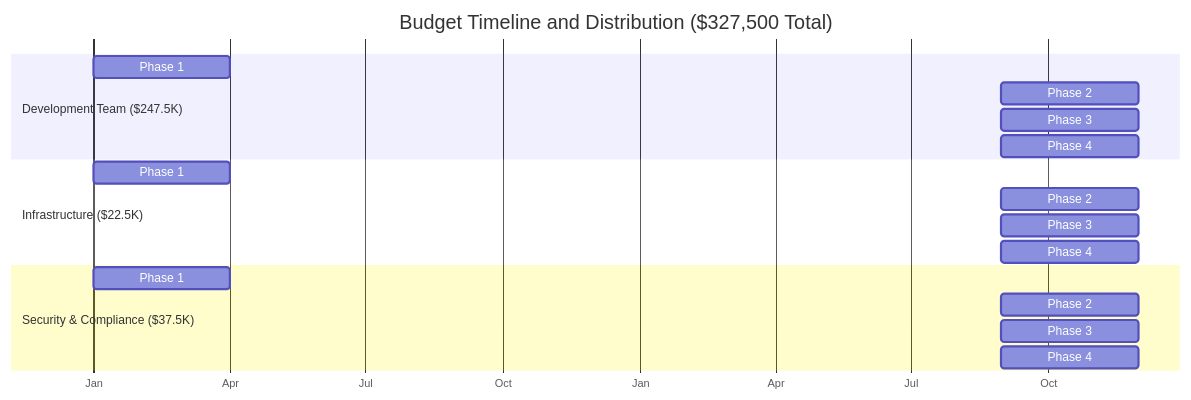
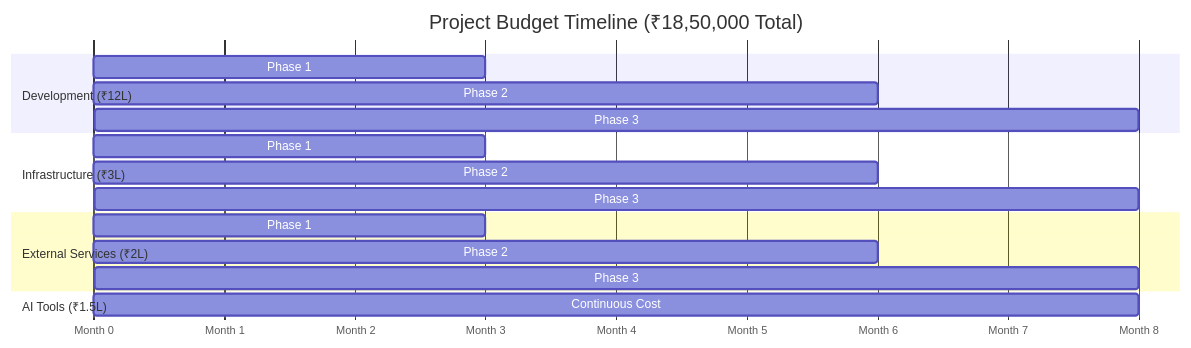
The ninth of 11 diagrams in 05-implementation-plan.md (health-tech-uhi/blueprint), drawn with Mermaid before and after one commit. The commit also changed other lines of this file and 1 other file, not shown here.

````diff
--- a/05-implementation-plan.md
+++ b/05-implementation-plan.md
@@ -765,24 +589,24 @@
 ```mermaid
 gantt
-    title Budget Timeline and Distribution ($327,500 Total)
-    dateFormat  YYYY-MM
-    axisFormat  %b
+    title Project Budget Timeline (₹18,50,000 Total)
+    dateFormat  X
+    axisFormat  Month %s
     
-    section Development Team ($247.5K)
-    Phase 1: $45K        :dev1, 2024-01, 3M
-    Phase 2: $60K        :dev2, after dev1, 3M
-    Phase 3: $67.5K      :dev3, after dev2, 3M
-    Phase 4: $75K        :dev4, after dev3, 3M
+    section Development (₹12L)
+    Phase 1: ₹4.5L      :dev1, 0, 3
+    Phase 2: ₹4.5L      :dev2, 3, 6
+    Phase 3: ₹3L        :dev3, 6, 8
     
-    section Infrastructure ($22.5K)
-    Phase 1: $3K         :inf1, 2024-01, 3M
-    Phase 2: $4.5K       :inf2, after inf1, 3M
-    Phase 3: $6K         :inf3, after inf2, 3M
-    Phase 4: $9K         :inf4, after inf3, 3M
+    section Infrastructure (₹3L)
+    Phase 1: ₹0.5L      :inf1, 0, 3
+    Phase 2: ₹1L        :inf2, 3, 6
+    Phase 3: ₹0.5L      :inf3, 6, 8
     
-    section Security & Compliance ($37.5K)
-    Phase 1: $5K         :sec1, 2024-01, 3M
-    Phase 2: $7.5K       :sec2, after sec1, 3M
-    Phase 3: $10K        :sec3, after sec2, 3M
-    Phase 4: $15K        :sec4, after sec3, 3M
+    section External Services (₹2L)
+    Phase 1: ₹0.2L      :ext1, 0, 3
+    Phase 2: ₹0.4L      :ext2, 3, 6
+    Phase 3: ₹1.4L      :ext3, 6, 8
+    
+    section AI Tools (₹1.5L)
+    Continuous Cost     :ai, 0, 8
 ```
````
